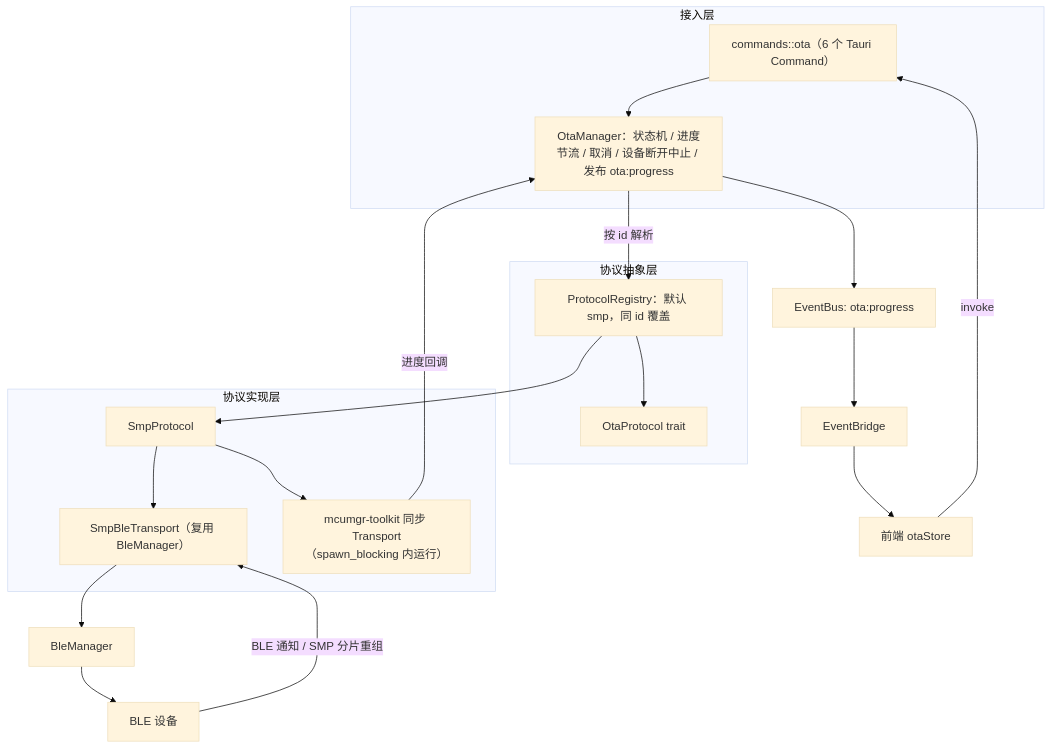
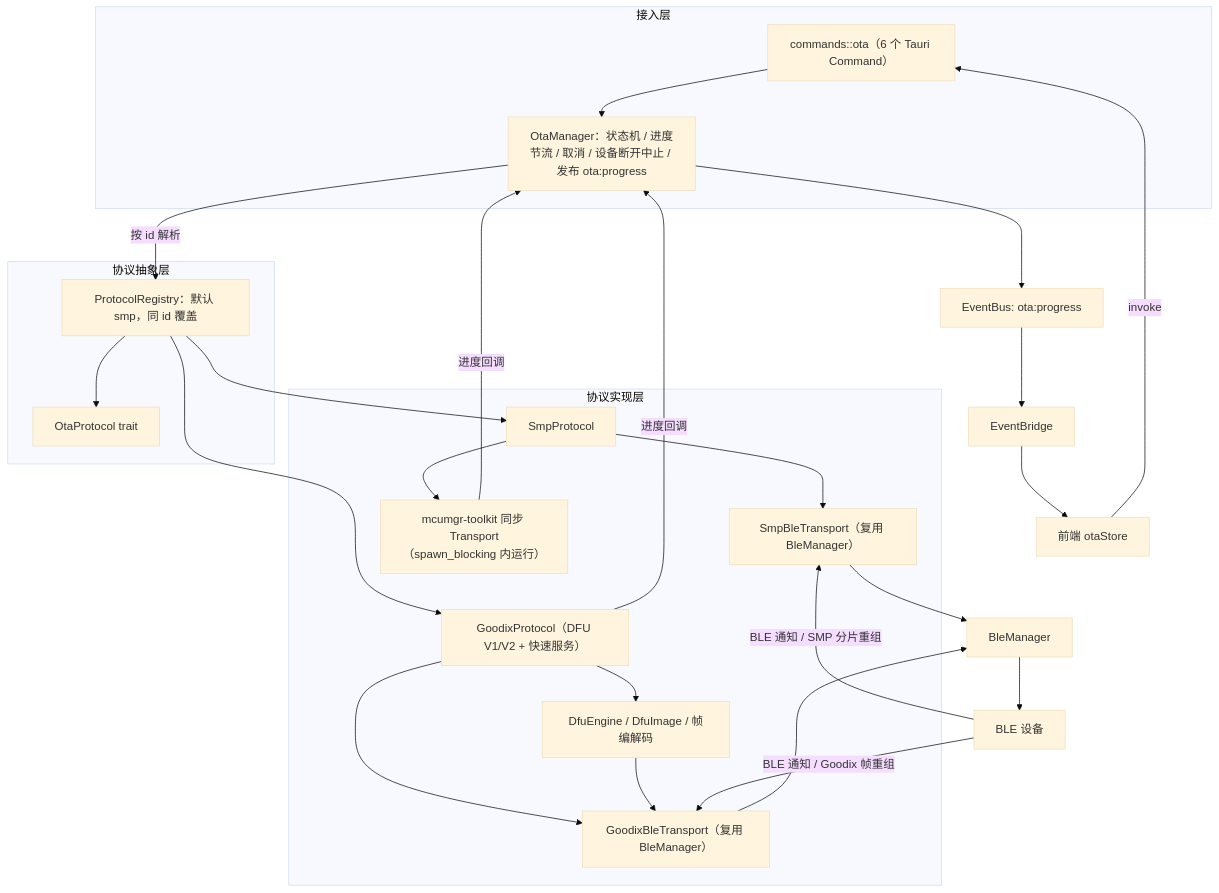
One commit to XiaoPb/combridge changed the third of 3 diagrams in docs/architecture/README.md. Above: the diagram before and after it, drawn with Mermaid (base theme). The commit also changed other lines of this file and 8 other files, not shown here.

First line of the commit message:
docs(ota): 补充 Goodix DFU 协议文档与格式化

````diff
--- a/docs/architecture/README.md
+++ b/docs/architecture/README.md
@@ -135,39 +135,49 @@
 ```mermaid
 flowchart TB
     subgraph Access [接入层]
         CMD["commands::ota（6 个 Tauri Command）"]
         MGR["OtaManager：状态机 / 进度节流 / 取消 / 设备断开中止 / 发布 ota:progress"]
     end
 
     subgraph Abstraction [协议抽象层]
         REG["ProtocolRegistry：默认 smp，同 id 覆盖"]
         TRAIT["OtaProtocol trait"]
     end
 
     subgraph Impl [协议实现层]
         SMP["SmpProtocol"]
         TRANS["SmpBleTransport（复用 BleManager）"]
         MCU["mcumgr-toolkit 同步 Transport（spawn_blocking 内运行）"]
+        GX["GoodixProtocol（DFU V1/V2 + 快速服务）"]
+        GXT["GoodixBleTransport（复用 BleManager）"]
+        GXE["DfuEngine / DfuImage / 帧编解码"]
     end
 
     FE[前端 otaStore]
     BLE[BleManager]
     DEV[BLE 设备]
     BUS[EventBus: ota:progress]
     BRIDGE[EventBridge]
 
     FE -->|invoke| CMD
     CMD --> MGR
     MGR -->|按 id 解析| REG
     REG --> TRAIT
     REG --> SMP
+    REG --> GX
     SMP --> TRANS
     SMP --> MCU
+    GX --> GXT
+    GX --> GXE
+    GXE --> GXT
     TRANS --> BLE
+    GXT --> BLE
     BLE --> DEV
     DEV -->|BLE 通知 / SMP 分片重组| TRANS
+    DEV -->|BLE 通知 / Goodix 帧重组| GXT
     MCU -->|进度回调| MGR
+    GX -->|进度回调| MGR
     MGR --> BUS
     BUS --> BRIDGE
     BRIDGE --> FE
 ```
````
